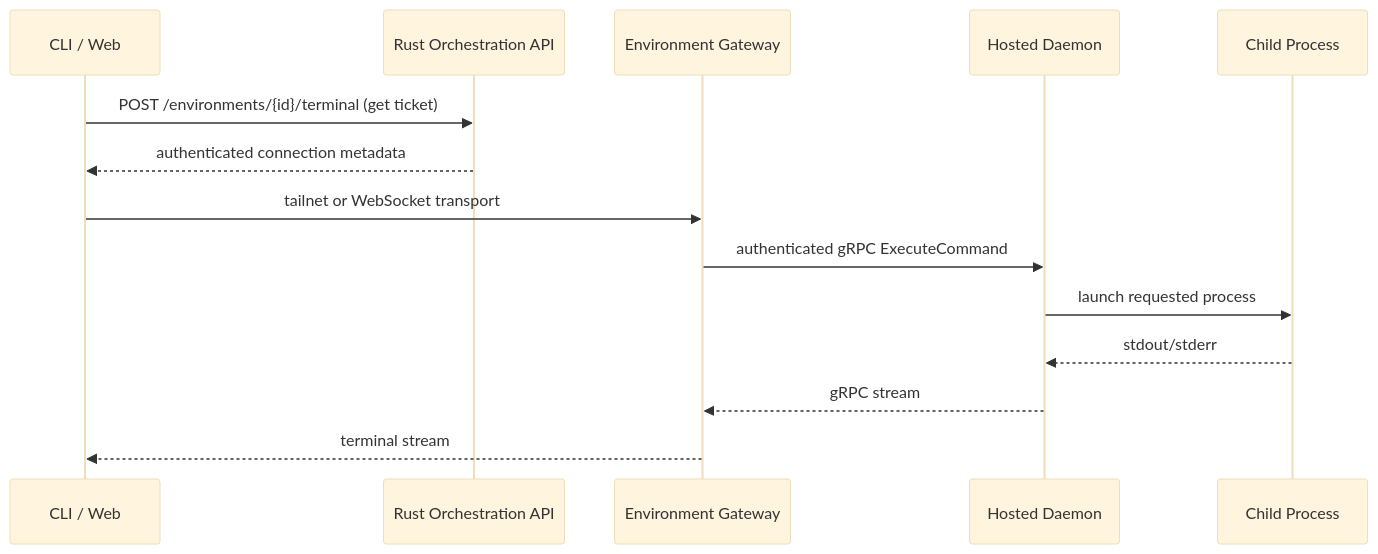
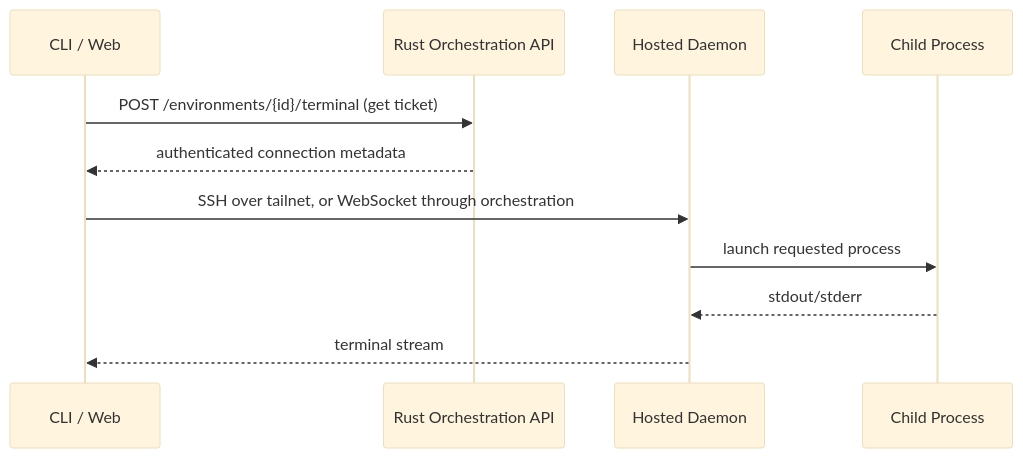
Before and after one commit to codewiresh/codewire: the third of 3 diagrams in docs/ARCHITECTURE.md, drawn with Mermaid (base theme). The commit also changed other lines of this file and 1 other file, not shown here.

First line of the commit message:
docs: describe the daemon-hosted sandbox without the gateway

````diff
--- a/docs/ARCHITECTURE.md
+++ b/docs/ARCHITECTURE.md
@@ -573,17 +573,14 @@
 ```mermaid
 sequenceDiagram
     participant Client as CLI / Web
     participant API as Rust Orchestration API
-    participant Gateway as Environment Gateway
     participant Daemon as Hosted Daemon
     participant Child as Child Process
 
     Client->>API: POST /environments/{id}/terminal (get ticket)
     API-->>Client: authenticated connection metadata
-    Client->>Gateway: tailnet or WebSocket transport
-    Gateway->>Daemon: authenticated gRPC ExecuteCommand
+    Client->>Daemon: SSH over tailnet, or WebSocket through orchestration
     Daemon->>Child: launch requested process
     Child-->>Daemon: stdout/stderr
-    Daemon-->>Gateway: gRPC stream
-    Gateway-->>Client: terminal stream
+    Daemon-->>Client: terminal stream
 ```
````
